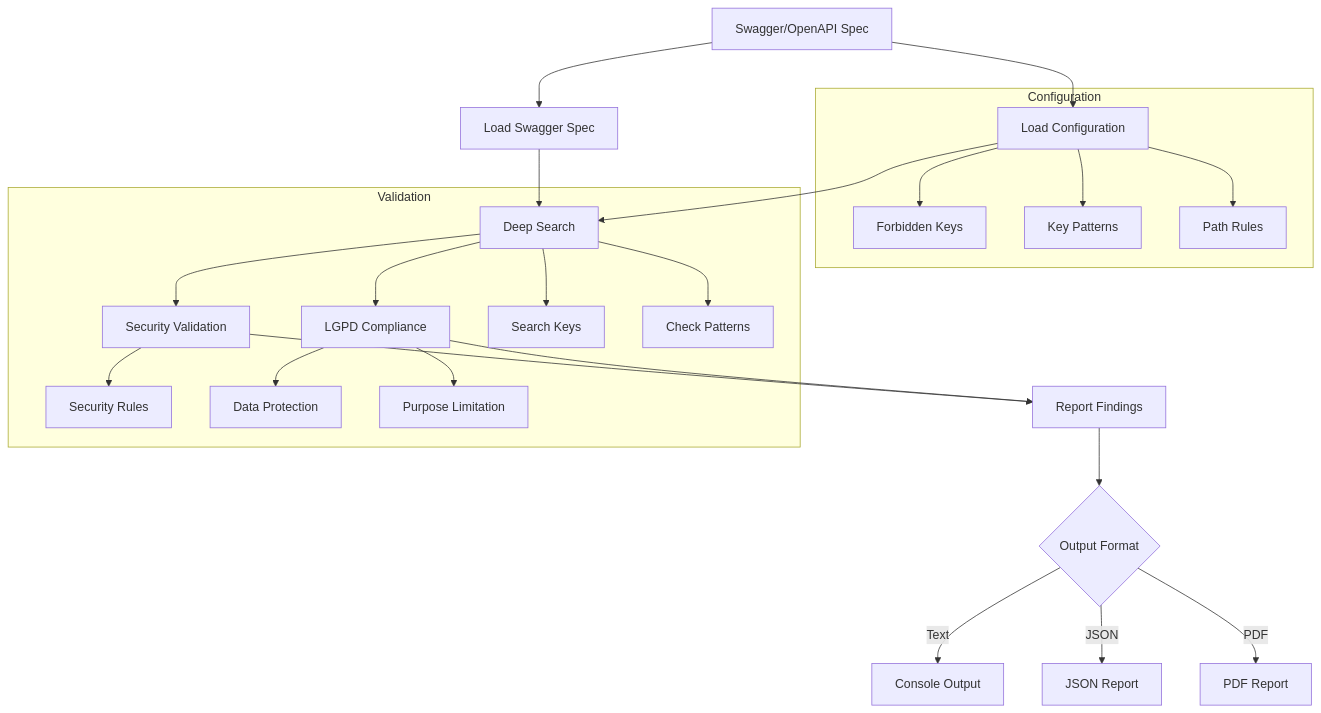
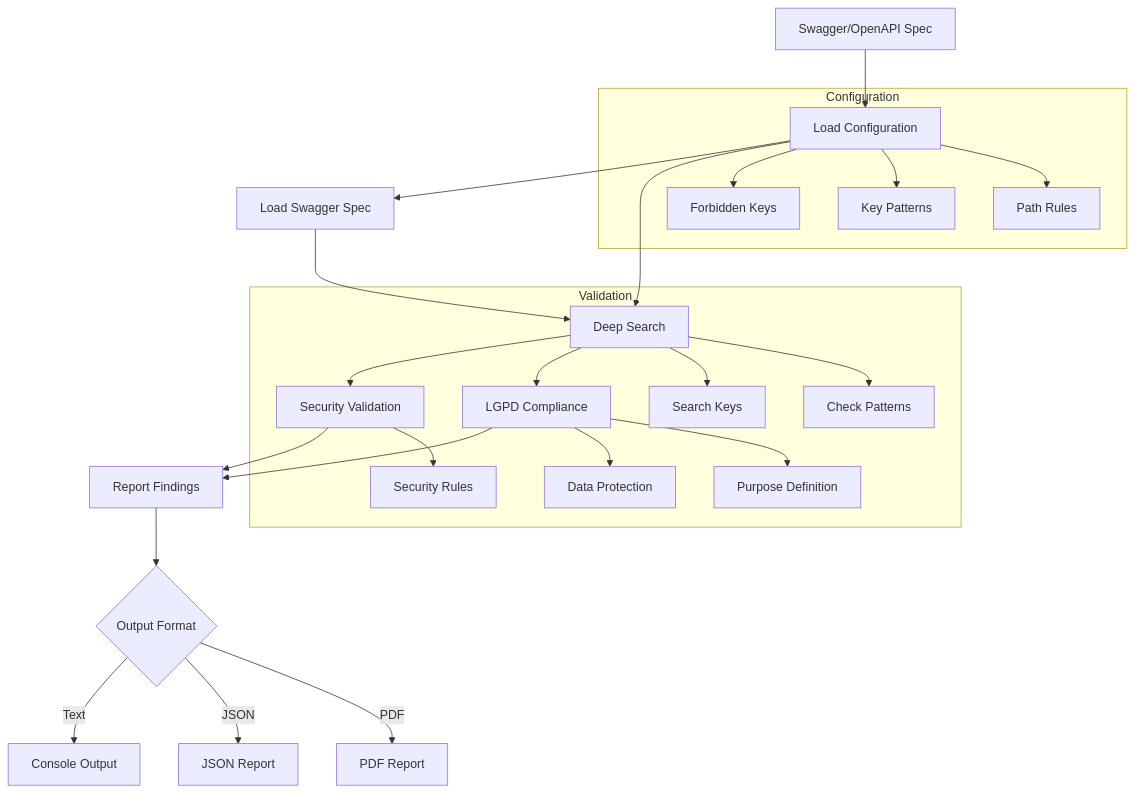
The diagram in README.md (geavenx/lokus), drawn with Mermaid before and after one commit.

Commit message:
docs(README): update mermaid

````diff
--- a/README.md
+++ b/README.md
@@ -35,29 +35,30 @@
 ```mermaid
 flowchart TD
     A[Swagger/OpenAPI Spec] --> B[Load Configuration]
-    A --> C[Load Swagger Spec]
+    B --> C[Load Swagger Spec]
     B --> D[Deep Search]
     C --> D
     D --> E[Security Validation]
     D --> F[LGPD Compliance]
     E --> G[Report Findings]
     F --> G
     G --> H{Output Format}
     H -->|Text| I[Console Output]
     H -->|JSON| J[JSON Report]
     H -->|PDF| K[PDF Report]
 
     subgraph Configuration
         B --> B1[Forbidden Keys]
         B --> B2[Key Patterns]
         B --> B3[Path Rules]
     end
 
     subgraph Validation
         D --> D1[Search Keys]
         D --> D2[Check Patterns]
         E --> E1[Security Rules]
         F --> F1[Data Protection]
-        F --> F2[Purpose Limitation]
+        F --> F2[Purpose Definition]
+
     end
 ```
````
